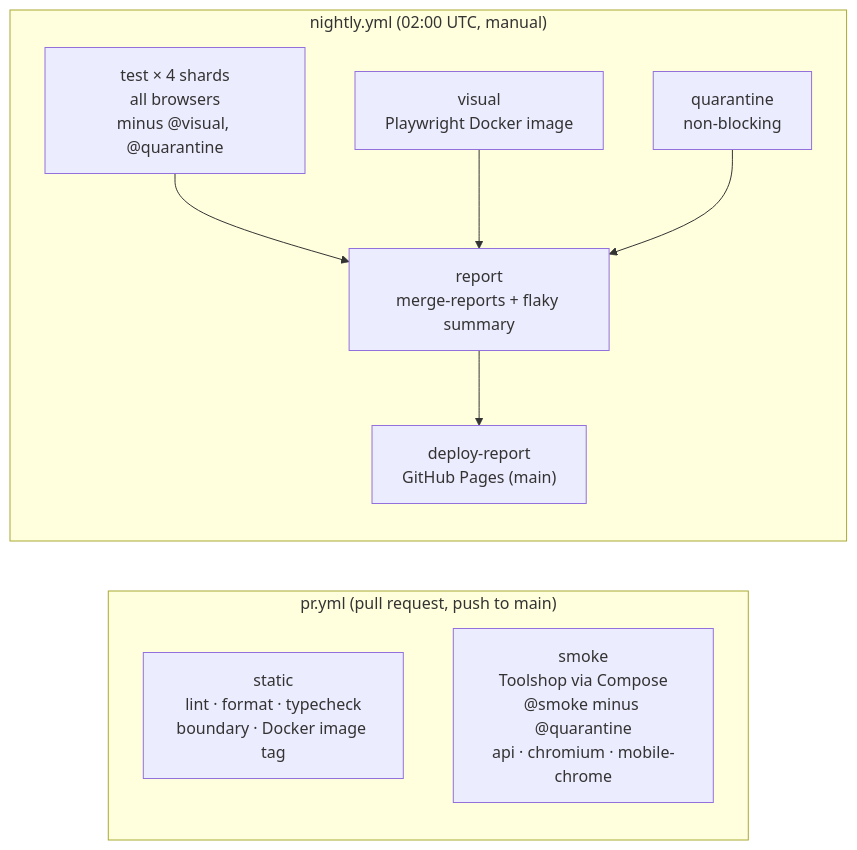
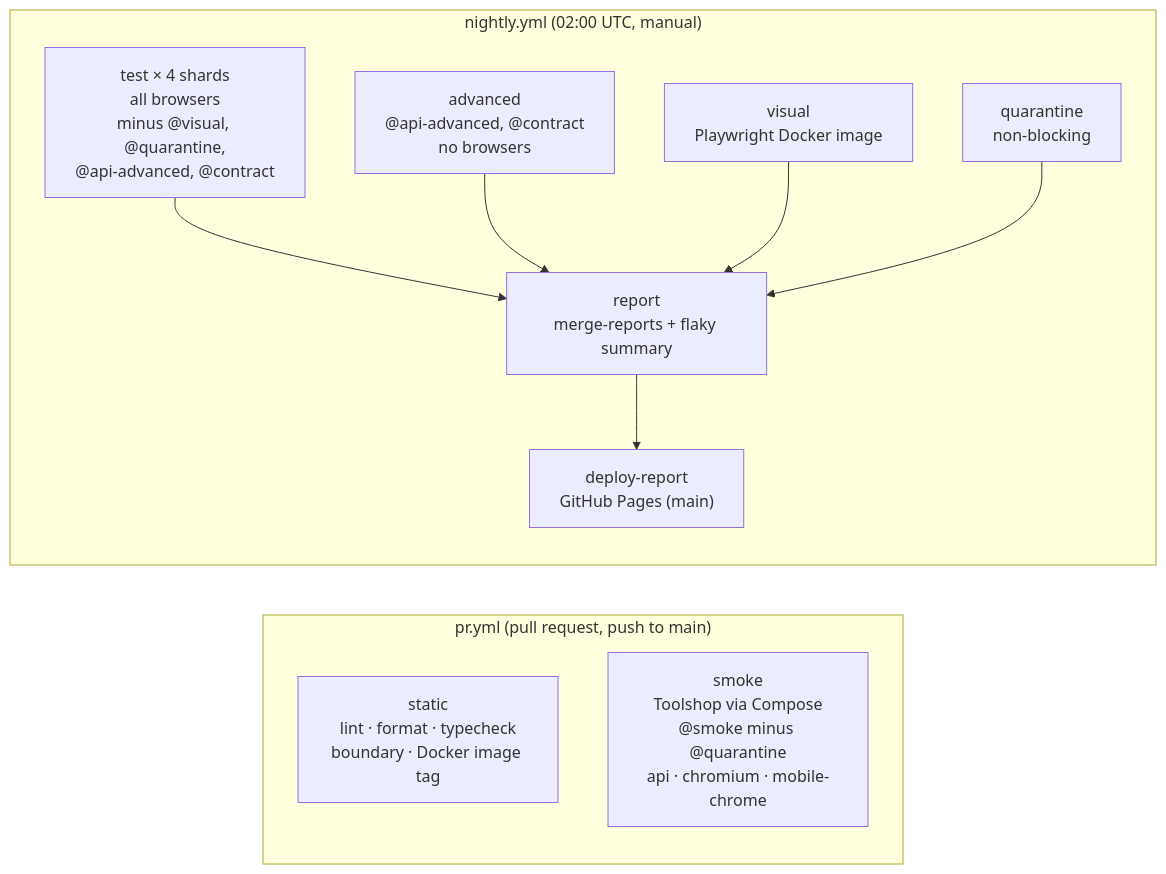
One commit to cinderloop/playwright-framework-template changed the second of 2 diagrams in docs/architecture.md. Above: the diagram before and after it, drawn with Mermaid. The commit also changed 10 other files, not shown here.

````diff
--- a/docs/architecture.md
+++ b/docs/architecture.md
@@ -139,19 +139,21 @@
 ```mermaid
 flowchart LR
   subgraph PR["pr.yml (pull request, push to main)"]
     static["static<br/>lint · format · typecheck<br/>boundary · Docker image tag"]
     smoke["smoke<br/>Toolshop via Compose<br/>@smoke minus @quarantine<br/>api · chromium · mobile-chrome"]
   end
 
   subgraph Nightly["nightly.yml (02:00 UTC, manual)"]
-    shards["test × 4 shards<br/>all browsers<br/>minus @visual, @quarantine"]
+    shards["test × 4 shards<br/>all browsers<br/>minus @visual, @quarantine,<br/>@api-advanced, @contract"]
+    advanced["advanced<br/>@api-advanced, @contract<br/>no browsers"]
     visual["visual<br/>Playwright Docker image"]
     quarantine["quarantine<br/>non-blocking"]
     merge["report<br/>merge-reports + flaky summary"]
     pages["deploy-report<br/>GitHub Pages (main)"]
     shards --> merge
+    advanced --> merge
     visual --> merge
     quarantine --> merge
     merge --> pages
   end
 ```
````
